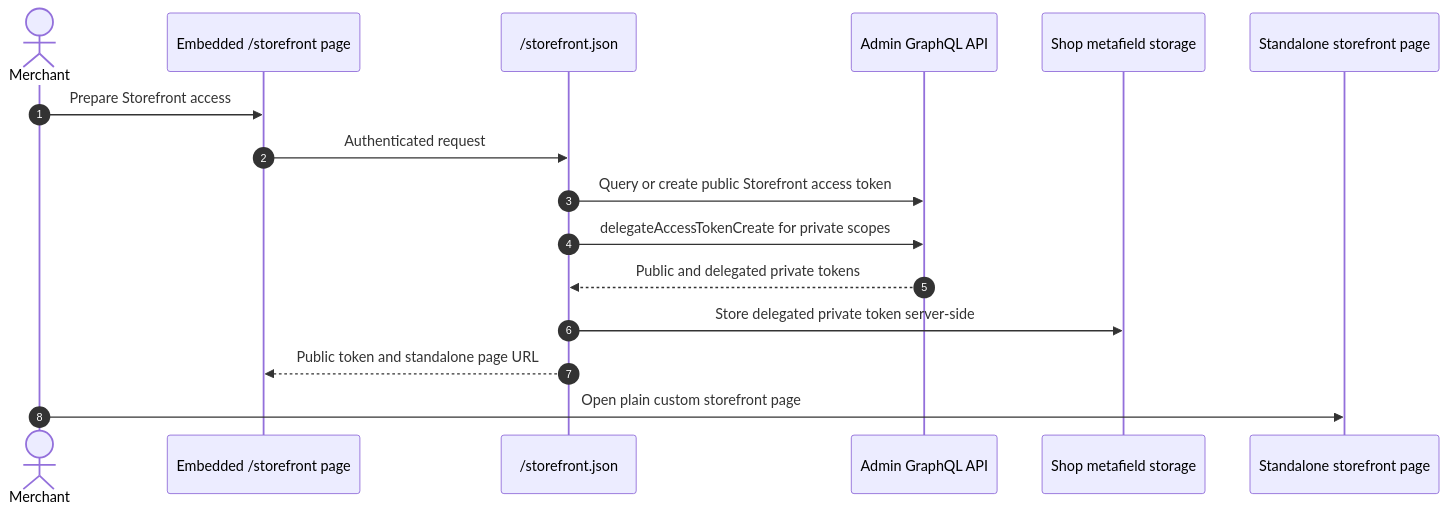
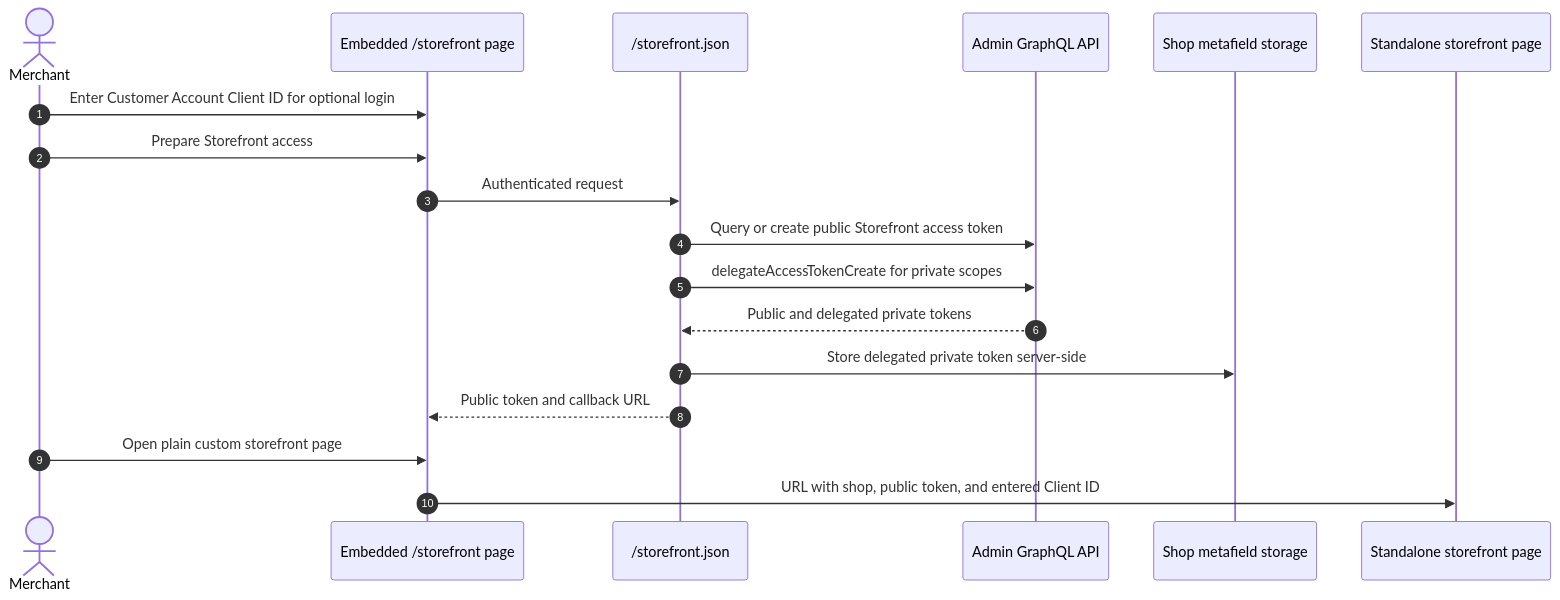
The first of 3 diagrams in docs/15-storefront.md (benzookapi/shopify-barebone-app-sample), drawn with Mermaid before and after one commit. The commit also changed other lines of this file and 1 other file, not shown here.

Commit message:
Document manual Customer Account client setup

````diff
--- a/docs/15-storefront.md
+++ b/docs/15-storefront.md
@@ -17,19 +18,21 @@
 ```mermaid
 sequenceDiagram
     autonumber
     actor Merchant
     participant UI as Embedded /storefront page
     participant App as /storefront.json
     participant AdminAPI as Admin GraphQL API
     participant Store as Shop metafield storage
     participant Plain as Standalone storefront page
 
+    Merchant->>UI: Enter Customer Account Client ID for optional login
     Merchant->>UI: Prepare Storefront access
     UI->>App: Authenticated request
     App->>AdminAPI: Query or create public Storefront access token
     App->>AdminAPI: delegateAccessTokenCreate for private scopes
     AdminAPI-->>App: Public and delegated private tokens
     App->>Store: Store delegated private token server-side
-    App-->>UI: Public token and standalone page URL
-    Merchant->>Plain: Open plain custom storefront page
+    App-->>UI: Public token and callback URL
+    Merchant->>UI: Open plain custom storefront page
+    UI->>Plain: URL with shop, public token, and entered Client ID
 ```
````
